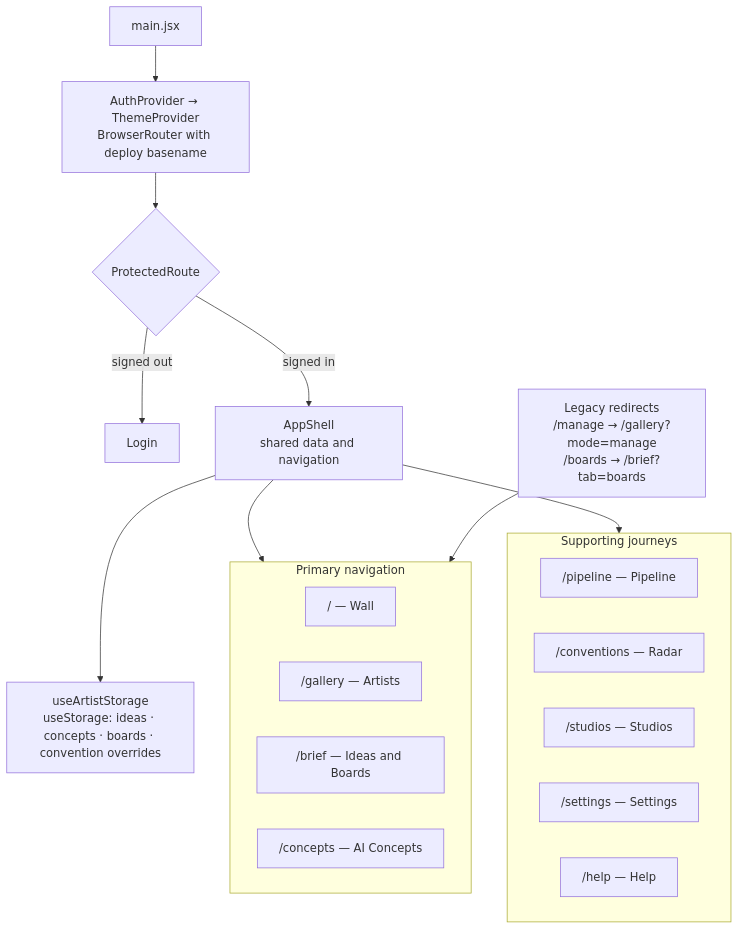
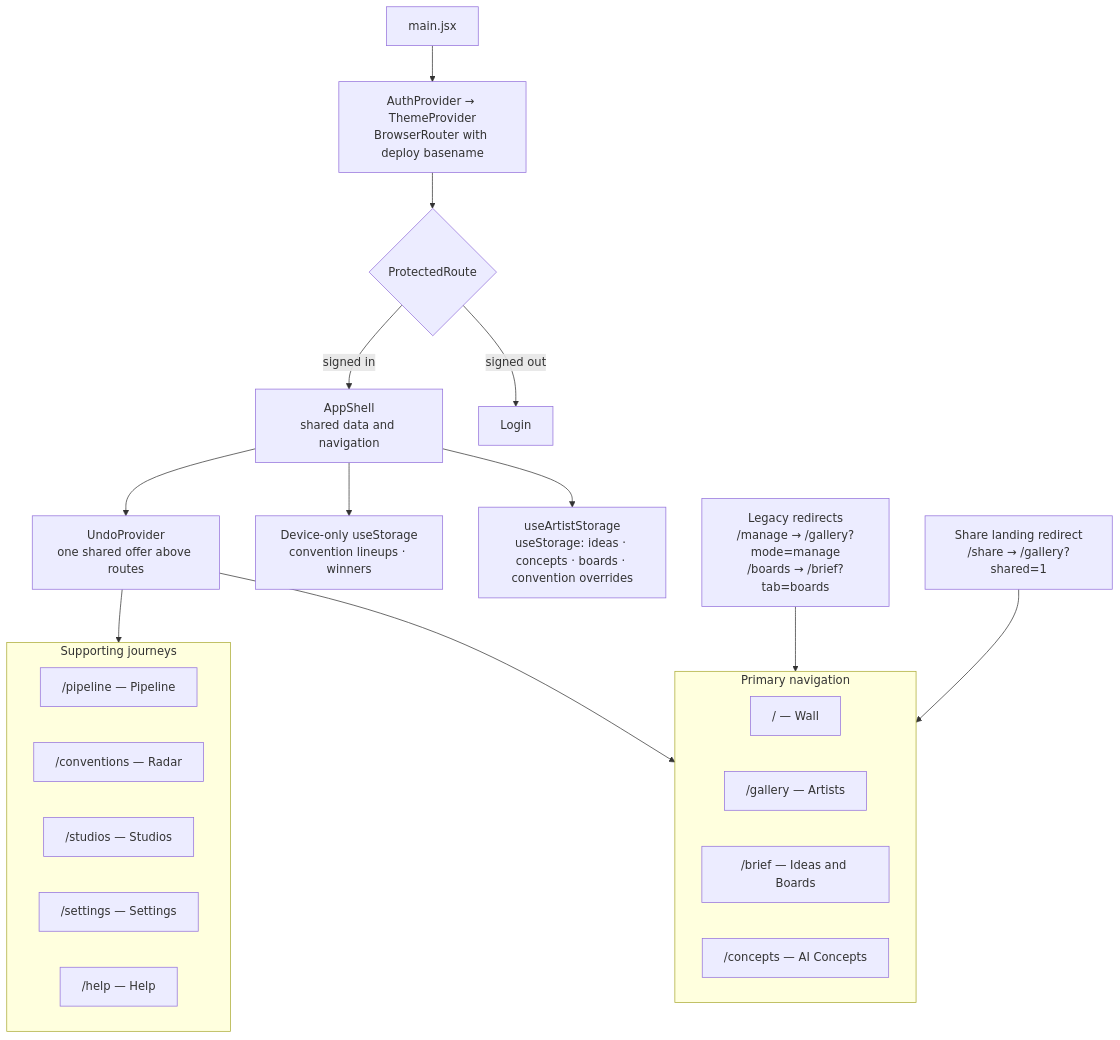
Before and after one commit to Pritesh1980/sable: the third of 11 diagrams in docs/ARCHITECTURE.md, drawn with Mermaid. The commit also changed other lines of this file and 3 other files, not shown here.

````diff
--- a/docs/ARCHITECTURE.md
+++ b/docs/ARCHITECTURE.md
@@ -123,34 +132,40 @@
 ```mermaid
 flowchart TB
   ENTRY["main.jsx"]
   PROVIDERS["AuthProvider → ThemeProvider<br/>BrowserRouter with deploy basename"]
   GATE{"ProtectedRoute"}
   LOGIN["Login"]
   SHELL["AppShell<br/>shared data and navigation"]
   STATE["useArtistStorage<br/>useStorage: ideas · concepts · boards · convention overrides"]
+  LOCALSTATE["Device-only useStorage<br/>convention lineups · winners"]
+  UNDO["UndoProvider<br/>one shared offer above routes"]
 
   subgraph PRIMARY["Primary navigation"]
     WALL["/ — Wall"]
     GALLERY["/gallery — Artists"]
     BRIEF["/brief — Ideas and Boards"]
     CONCEPTS["/concepts — AI Concepts"]
   end
 
   subgraph SUPPORT["Supporting journeys"]
     PIPELINE["/pipeline — Pipeline"]
     RADAR["/conventions — Radar"]
     STUDIOS["/studios — Studios"]
     SETTINGS["/settings — Settings"]
     HELP["/help — Help"]
   end
 
   LEGACY["Legacy redirects<br/>/manage → /gallery?mode=manage<br/>/boards → /brief?tab=boards"]
+  SHARE["Share landing redirect<br/>/share → /gallery?shared=1"]
 
   ENTRY --> PROVIDERS --> GATE
   GATE -- "signed out" --> LOGIN
   GATE -- "signed in" --> SHELL
   SHELL --> STATE
-  SHELL --> PRIMARY
-  SHELL --> SUPPORT
+  SHELL --> LOCALSTATE
+  SHELL --> UNDO
+  UNDO --> PRIMARY
+  UNDO --> SUPPORT
   LEGACY --> PRIMARY
+  SHARE --> PRIMARY
 ```
````
